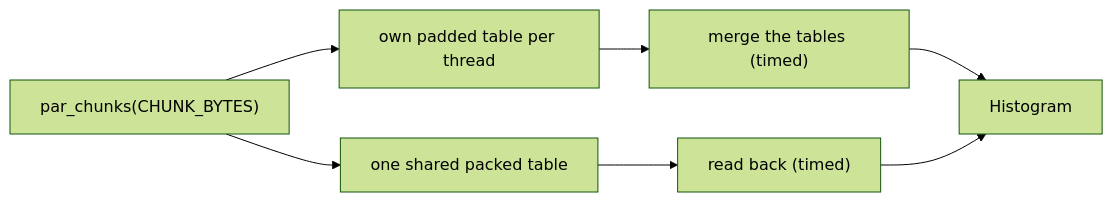
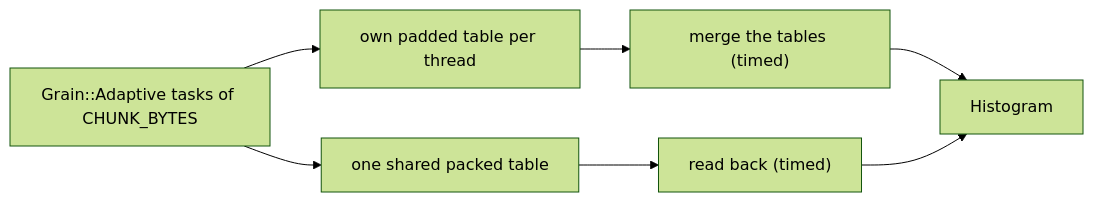
Before and after one commit to DavidCCoimbra/Scalability-of-Parallel-Code-in-WebAssembly-in-the-Browser-vs-Native: the diagram in bench/src/workloads/histogram/extras/README.md, drawn with Mermaid (forest theme). The commit also changed 20 other files, not shown here.

First line of the commit message:
feat(bench): every shared-counter histogram builds its tasks with the grain, as the local one (#81)

````diff
--- a/bench/src/workloads/histogram/extras/README.md
+++ b/bench/src/workloads/histogram/extras/README.md
@@ -13,9 +13,9 @@
 ```mermaid
 flowchart LR
-    chunks["par_chunks(CHUNK_BYTES)"] --> private["own padded table per thread"]
+    chunks["Grain::Adaptive tasks of CHUNK_BYTES"] --> private["own padded table per thread"]
     chunks --> packed["one shared packed table"]
     private --> merge["merge the tables (timed)"]
     packed --> readback["read back (timed)"]
     merge --> histogram["Histogram"]
     readback --> histogram
 ```
````
